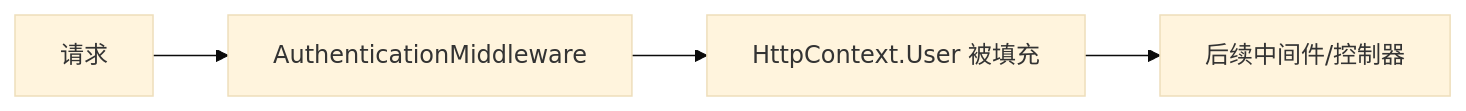
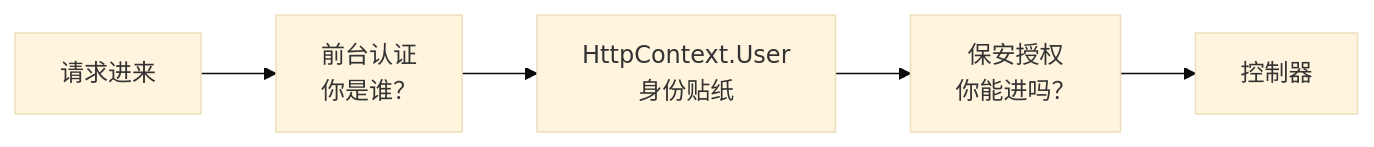
Before and after one commit to koeltp/blog: the first of 9 diagrams in docs/dotnet/auth/01认证基础与中间件管道.md, drawn with Mermaid (base theme). The commit also changed other lines of this file and 21 other files, not shown here.

````diff
--- a/docs/dotnet/auth/01认证基础与中间件管道.md
+++ b/docs/dotnet/auth/01认证基础与中间件管道.md
@@ -15,6 +20,7 @@
 ```mermaid
 flowchart LR
-    A[请求] --> B[AuthenticationMiddleware]
-    B --> C[HttpContext.User 被填充]
-    C --> D[后续中间件/控制器]
+    A["请求进来"] --> B["前台认证<br/>你是谁？"]
+    B --> C["HttpContext.User<br/>身份贴纸"]
+    C --> D["保安授权<br/>你能进吗？"]
+    D --> E["控制器"]
 ```
````
